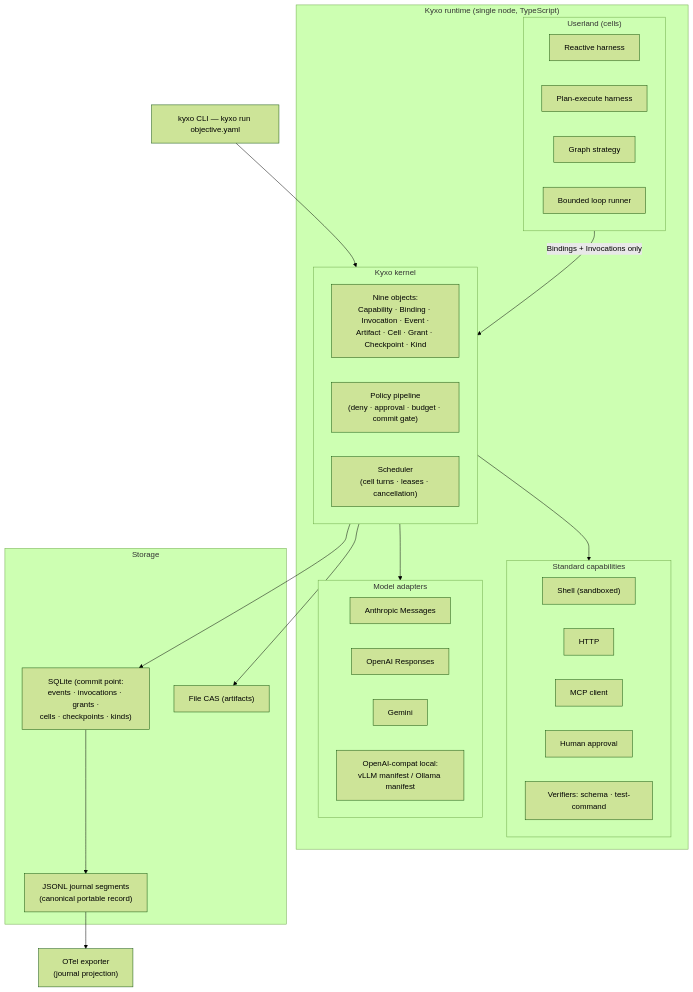
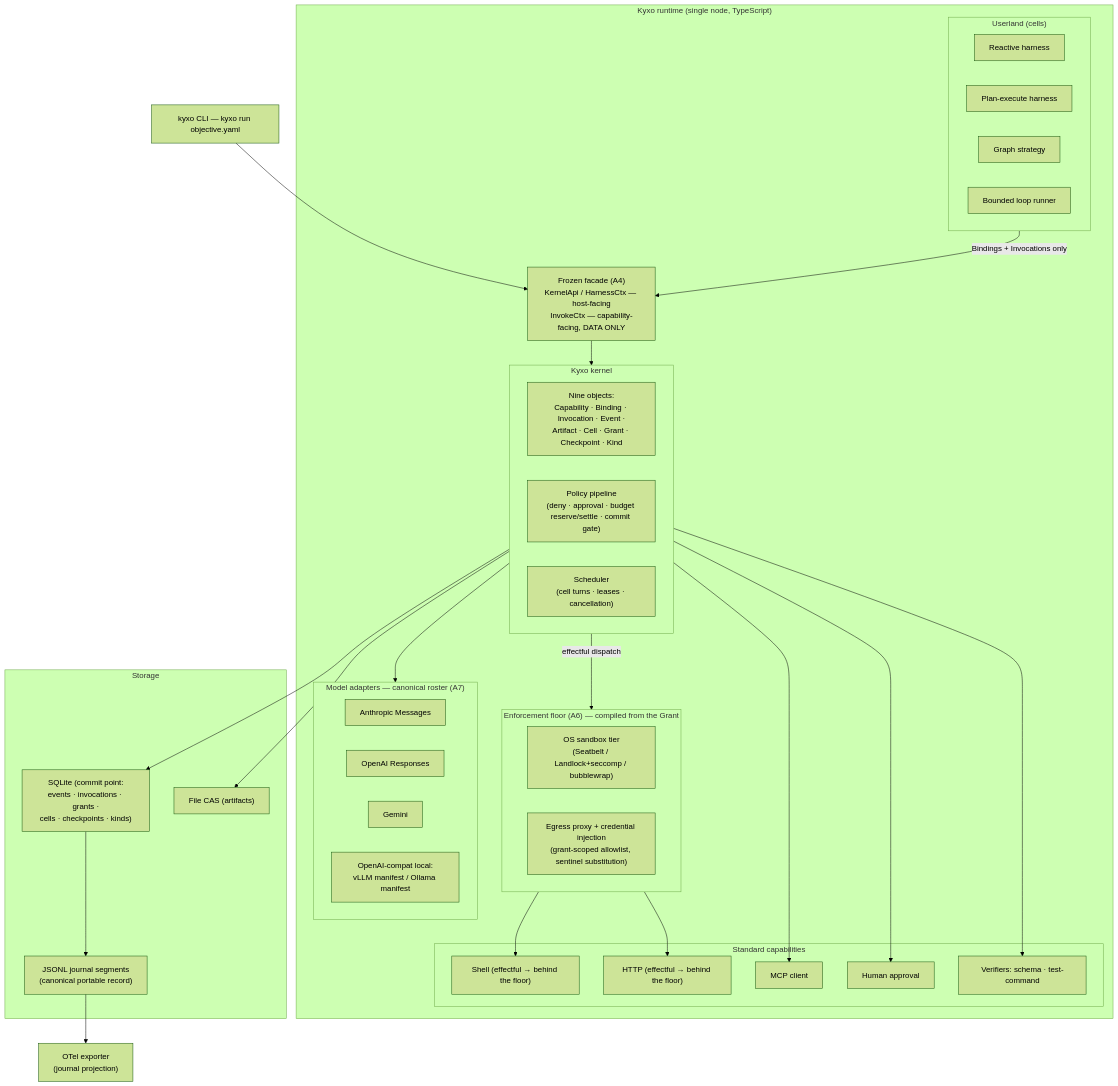
The first of 2 diagrams in docs/14-MVP-ARCHITECTURE.md (jeetu619/kyxo-runtime), drawn with Mermaid (forest theme) before and after one commit. The commit also changed other lines of this file and 7 other files, not shown here.

````diff
--- a/docs/14-MVP-ARCHITECTURE.md
+++ b/docs/14-MVP-ARCHITECTURE.md
@@ -92,48 +191,59 @@
 ```mermaid
 flowchart TB
     CLI["kyxo CLI — kyxo run objective.yaml"]
 
     subgraph RT["Kyxo runtime (single node, TypeScript)"]
         subgraph USER["Userland (cells)"]
             RH["Reactive harness"]
             PEH["Plan-execute harness"]
             GS["Graph strategy"]
             BL["Bounded loop runner"]
         end
         subgraph KER["Kyxo kernel"]
             OBJ["Nine objects:<br/>Capability · Binding · Invocation · Event ·<br/>Artifact · Cell · Grant · Checkpoint · Kind"]
-            POL["Policy pipeline<br/>(deny · approval · budget · commit gate)"]
+            POL["Policy pipeline<br/>(deny · approval · budget reserve/settle · commit gate)"]
             SCH["Scheduler<br/>(cell turns · leases · cancellation)"]
         end
+        FAC["Frozen facade (A4)<br/>KernelApi / HarnessCtx — host-facing<br/>InvokeCtx — capability-facing, DATA ONLY"]
+        subgraph FLOOR["Enforcement floor (A6) — compiled from the Grant"]
+            SBX["OS sandbox tier<br/>(Seatbelt / Landlock+seccomp / bubblewrap)"]
+            EGP["Egress proxy + credential injection<br/>(grant-scoped allowlist, sentinel substitution)"]
+        end
         subgraph CAP["Standard capabilities"]
-            SH["Shell (sandboxed)"]
-            HT["HTTP"]
+            SH["Shell (effectful → behind the floor)"]
+            HT["HTTP (effectful → behind the floor)"]
             MC["MCP client"]
             HU["Human approval"]
             VF["Verifiers: schema · test-command"]
         end
-        subgraph ADP["Model adapters"]
+        subgraph ADP["Model adapters — canonical roster (A7)"]
             AN["Anthropic Messages"]
             OA["OpenAI Responses"]
             GE["Gemini"]
             VL["OpenAI-compat local:<br/>vLLM manifest / Ollama manifest"]
         end
     end
 
     subgraph STO["Storage"]
         SQ["SQLite (commit point:<br/>events · invocations · grants ·<br/>cells · checkpoints · kinds)"]
         JL["JSONL journal segments<br/>(canonical portable record)"]
         CS["File CAS (artifacts)"]
     end
 
     OT["OTel exporter<br/>(journal projection)"]
 
-    CLI --> KER
-    USER -->|"Bindings + Invocations only"| KER
-    KER --> CAP
+    CLI --> FAC
+    USER -->|"Bindings + Invocations only"| FAC
+    FAC --> KER
+    KER -->|"effectful dispatch"| FLOOR
+    FLOOR --> SH
+    FLOOR --> HT
+    KER --> MC
+    KER --> HU
+    KER --> VF
     KER --> ADP
     KER --> SQ
     SQ --> JL
     KER --> CS
     JL --> OT
 ```
````
